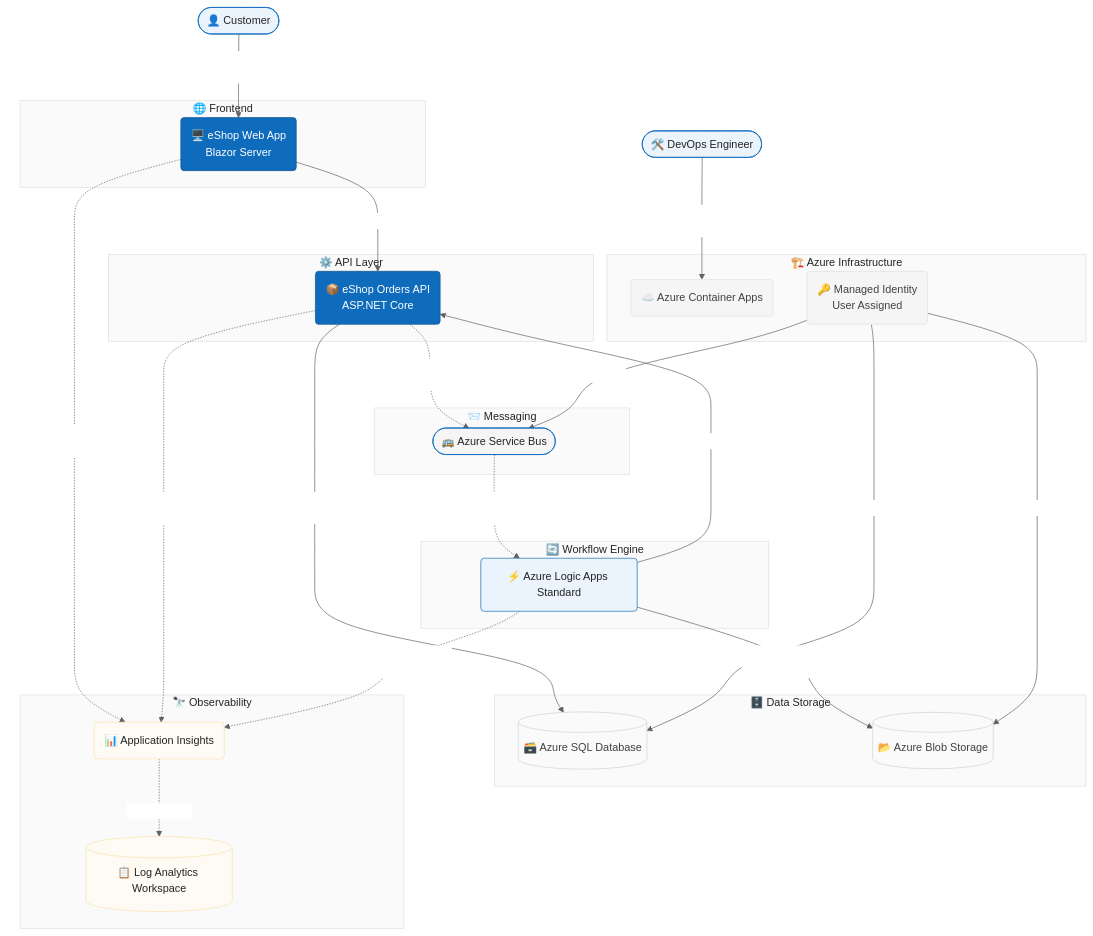
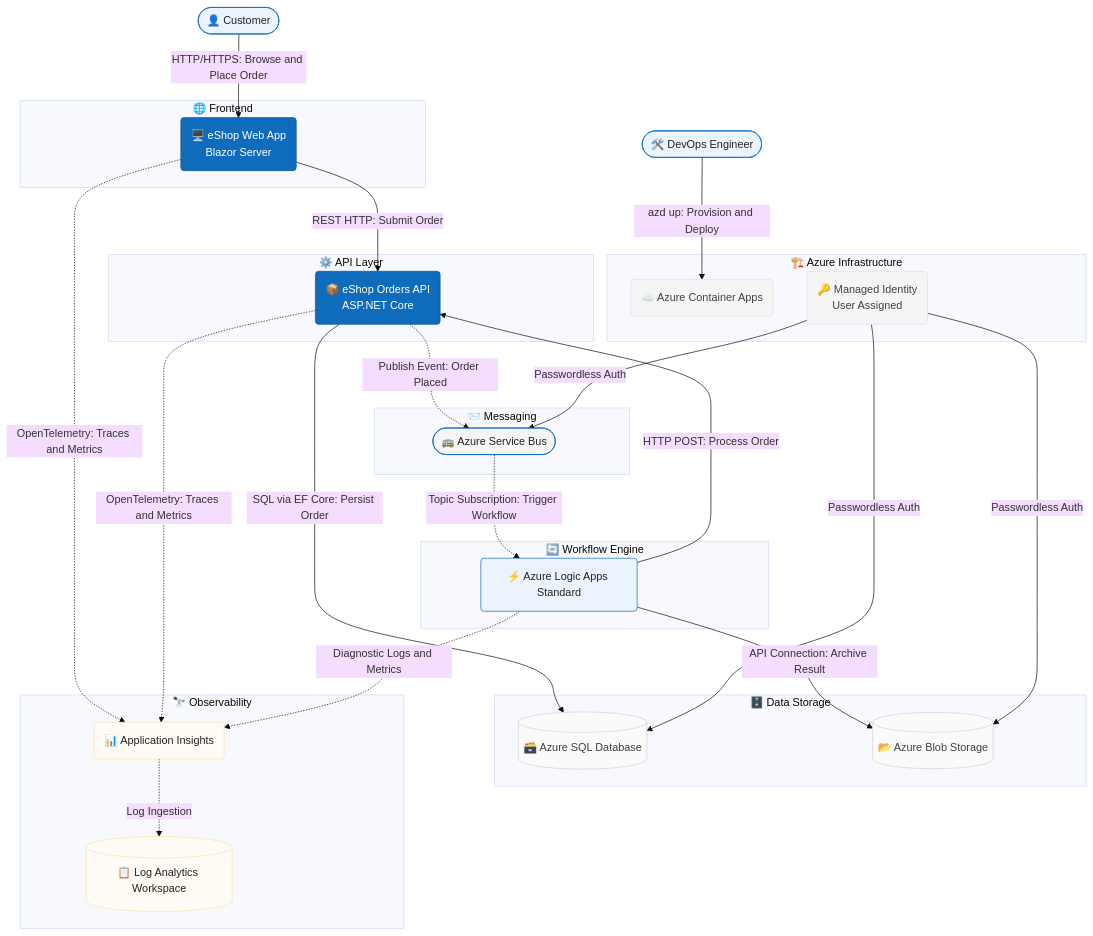
The diagram in README.md (Evilazaro/Azure-LogicApps-Monitoring), drawn with Mermaid before and after one commit.

Commit message:
Refactor architecture diagram configuration in README.md for improved clarity and consistency

````diff
--- a/README.md
+++ b/README.md
@@ -46,12 +46,11 @@
 ```mermaid
 ---
 config:
-  description: "High-level architecture diagram showing actors, primary flows, and major components."
-  theme: base
-  align: center
-  fontFamily: "Segoe UI, Verdana, sans-serif"
-  fontSize: 16
-  themeVariables:
+    description: "High-level architecture diagram showing actors, primary flows, and major components."
+    theme: base
+    align: center
+    fontFamily: "Segoe UI, Verdana, sans-serif"
+    fontSize: 16
     primaryColor: "#0f6cbd"           # colorBrandBackground (brandWeb[80])
     primaryTextColor: "#FFFFFF"       # colorNeutralForegroundOnBrand
     primaryBorderColor: "#0f548c"     # colorBrandBackground3Static (brandWeb[60])
````
